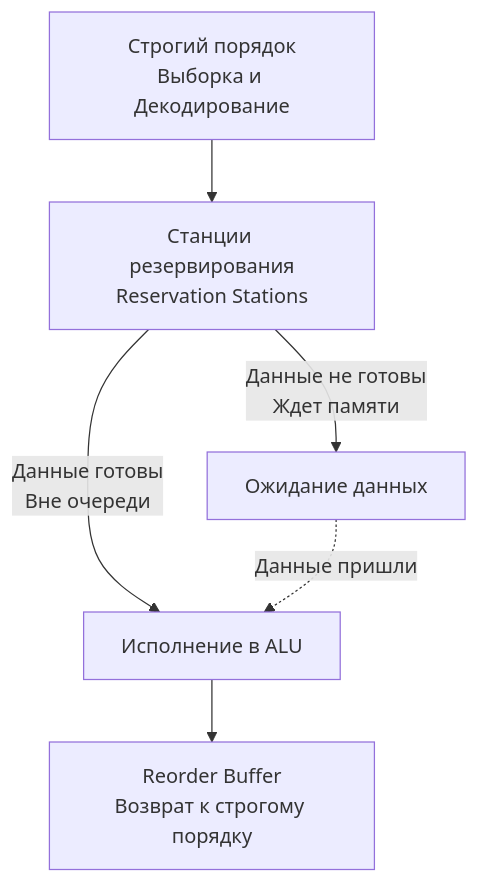
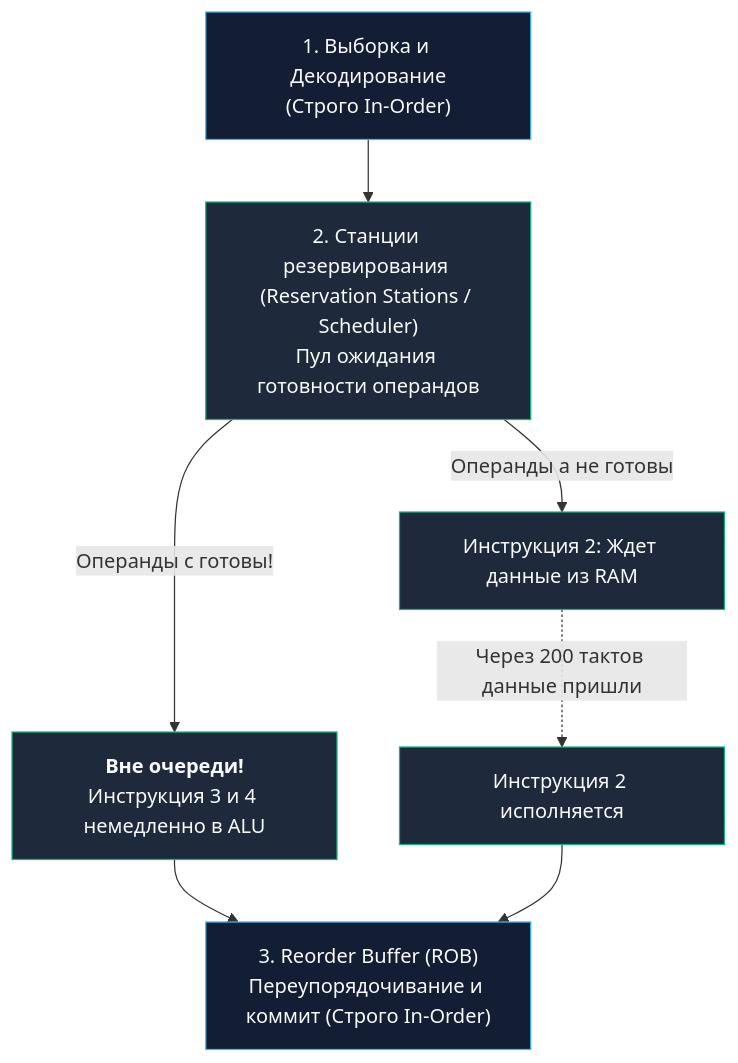
One commit to UnrealTemplier/go-textbook changed the second of 3 diagrams in sources/1. Архитектура компьютера/12. Суперскалярность, Out Of Order Execution и Register Renaming.md. Above: the diagram before and after it, drawn with Mermaid. The commit also changed other lines of this file, not shown here.

````diff
--- a/sources/1. Архитектура компьютера/12. Суперскалярность, Out Of Order Execution и Register Renaming.md
+++ b/sources/1. Архитектура компьютера/12. Суперскалярность, Out Of Order Execution и Register Renaming.md
@@ -50,11 +95,17 @@
 ```mermaid
 flowchart TD
-    InOrder["Строгий порядок<br>Выборка и Декодирование"] --> RS["Станции резервирования<br>Reservation Stations"]
+    FetchOrder["1. Выборка и Декодирование<br>(Строго In-Order)"] --> RS["2. Станции резервирования (Reservation Stations / Scheduler)<br>Пул ожидания готовности операндов"]
     
-    RS -->|Данные не готовы<br>Ждет памяти| Wait["Ожидание данных"]
-    RS -->|Данные готовы<br>Вне очереди| ALU["Исполнение в ALU"]
+    RS -->|Операнды a не готовы| Wait["Инструкция 2: Ждет данные из RAM"]
+    RS -->|Операнды c готовы!| Exec["<b>Вне очереди!</b><br>Инструкция 3 и 4 немедленно в ALU"]
     
-    Wait -.->|Данные пришли| ALU
+    Wait -.->|Через 200 тактов данные пришли| ExecLater["Инструкция 2 исполняется"]
     
-    ALU --> ROB["Reorder Buffer<br>Возврат к строгому порядку"]
+    Exec --> ROB["3. Reorder Buffer (ROB)<br>Переупорядочивание и коммит (Строго In-Order)"]
+    ExecLater --> ROB
+
+    classDef stage fill:#131d33,stroke:#38bdf8,stroke-width:1px,color:#f8fafc;
+    classDef ooo fill:#1e293b,stroke:#10b981,stroke-width:1px,color:#f8fafc;
+    class FetchOrder,ROB stage;
+    class RS,Wait,Exec,ExecLater ooo;
 ```
````
